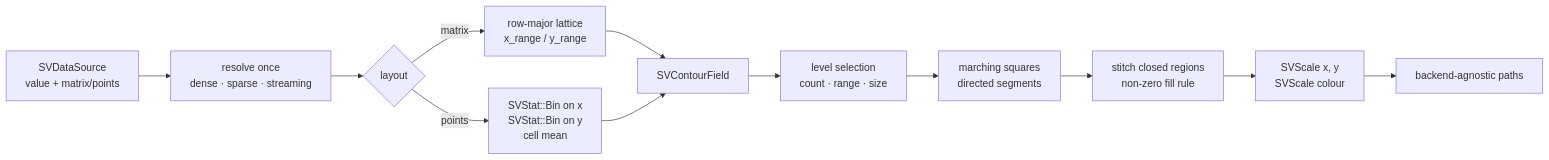
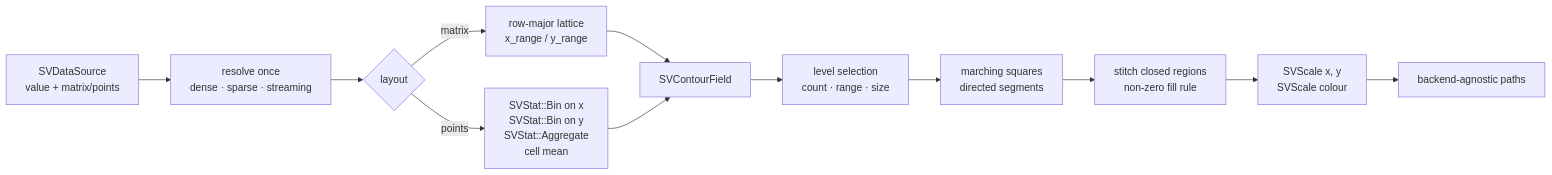
One commit to neurono-ml/scienceview changed the diagram in docs/src/development-explained/ch36-contour-plot.md. Above: the diagram before and after it, drawn with Mermaid. The commit also changed other lines of this file and 1 other file, not shown here.

````diff
--- a/docs/src/development-explained/ch36-contour-plot.md
+++ b/docs/src/development-explained/ch36-contour-plot.md
@@ -36,14 +36,14 @@
 ```mermaid
 flowchart LR
     A["SVDataSource<br/>value + matrix/points"] --> B["resolve once<br/>dense · sparse · streaming"]
     B --> C{"layout"}
     C -->|matrix| D["row-major lattice<br/>x_range / y_range"]
-    C -->|points| E["SVStat::Bin on x<br/>SVStat::Bin on y<br/>cell mean"]
+    C -->|points| E["SVStat::Bin on x<br/>SVStat::Bin on y<br/>SVStat::Aggregate<br/>cell mean"]
     D --> F["SVContourField"]
     E --> F
     F --> G["level selection<br/>count · range · size"]
     G --> H["marching squares<br/>directed segments"]
     H --> I["stitch closed regions<br/>non-zero fill rule"]
     I --> J["SVScale x, y<br/>SVScale colour"]
     J --> K["backend-agnostic paths"]
 ```
````
